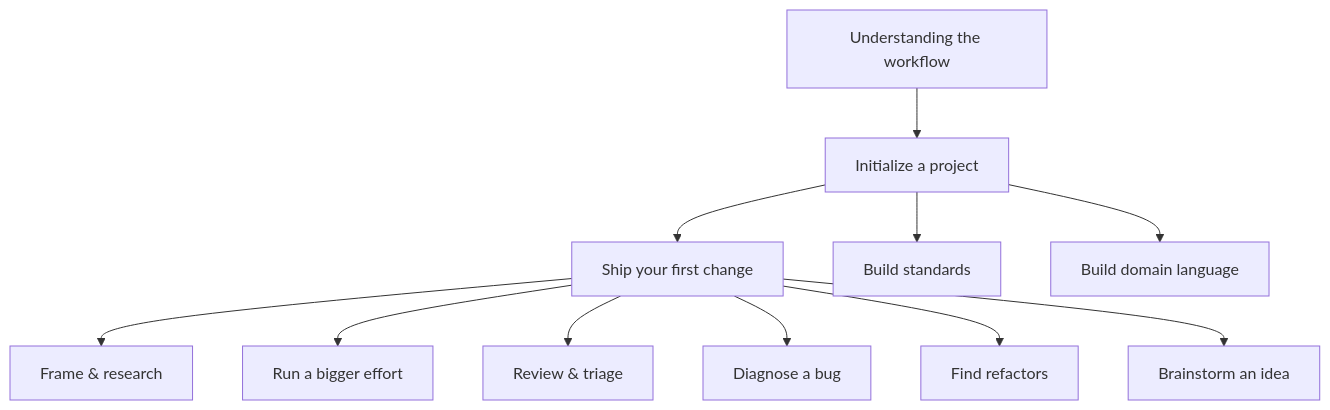
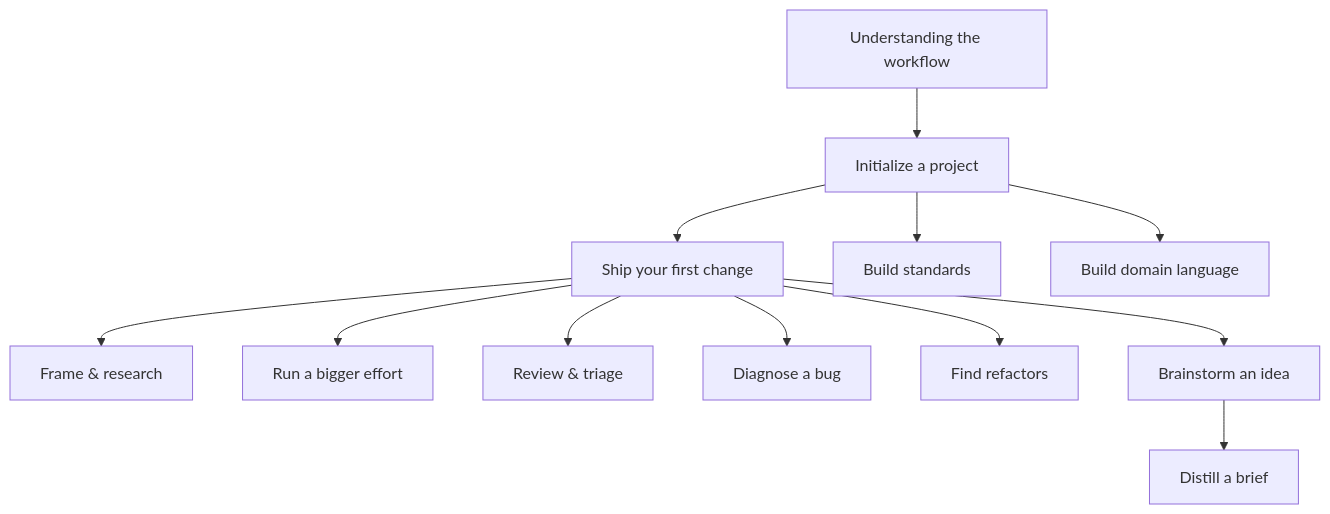
The diagram in docs/README.md (dikamilo/dx-workflow), drawn with Mermaid before and after one commit. The commit also changed other lines of this file and 20 other files, not shown here.

````diff
--- a/docs/README.md
+++ b/docs/README.md
@@ -16,13 +16,14 @@
 ```mermaid
 flowchart TD
     A[Understanding the workflow] --> B[Initialize a project]
     B --> C[Ship your first change]
     C --> D[Frame & research]
     C --> E[Run a bigger effort]
     C --> F[Review & triage]
     B --> G[Build standards]
     B --> H[Build domain language]
     C --> I[Diagnose a bug]
     C --> J[Find refactors]
     C --> K[Brainstorm an idea]
+    K --> L[Distill a brief]
 ```
````
